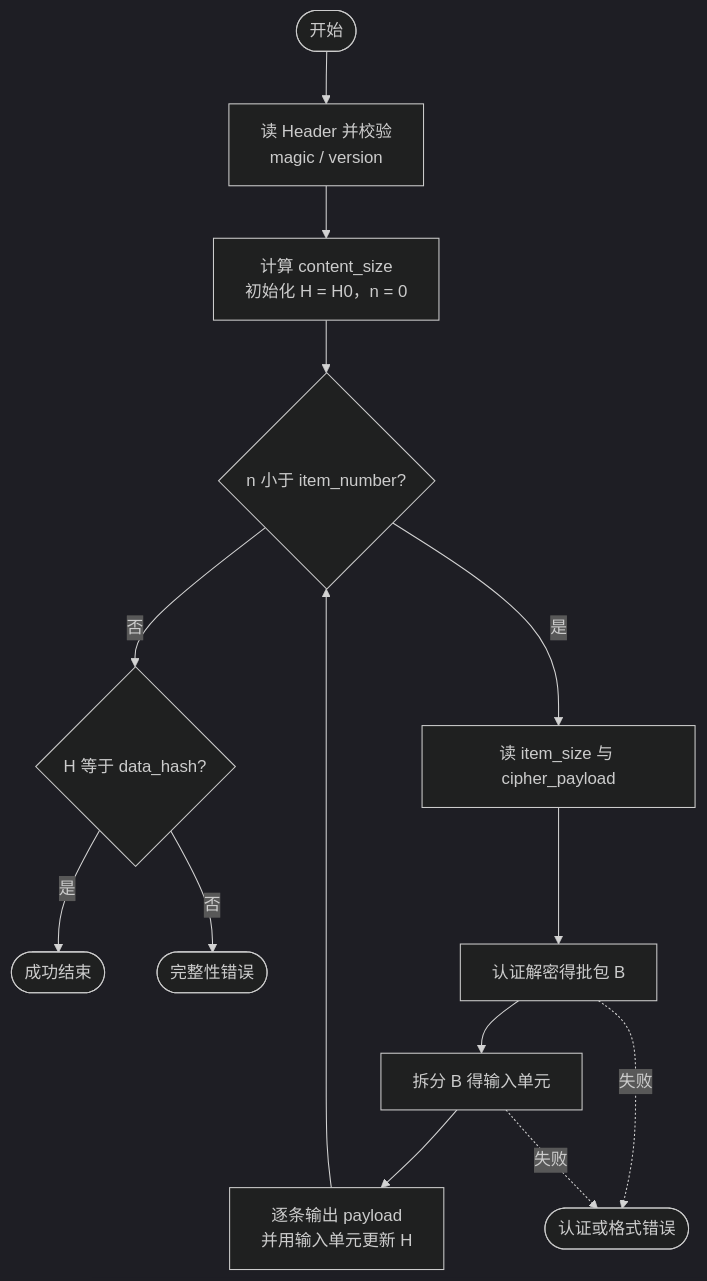
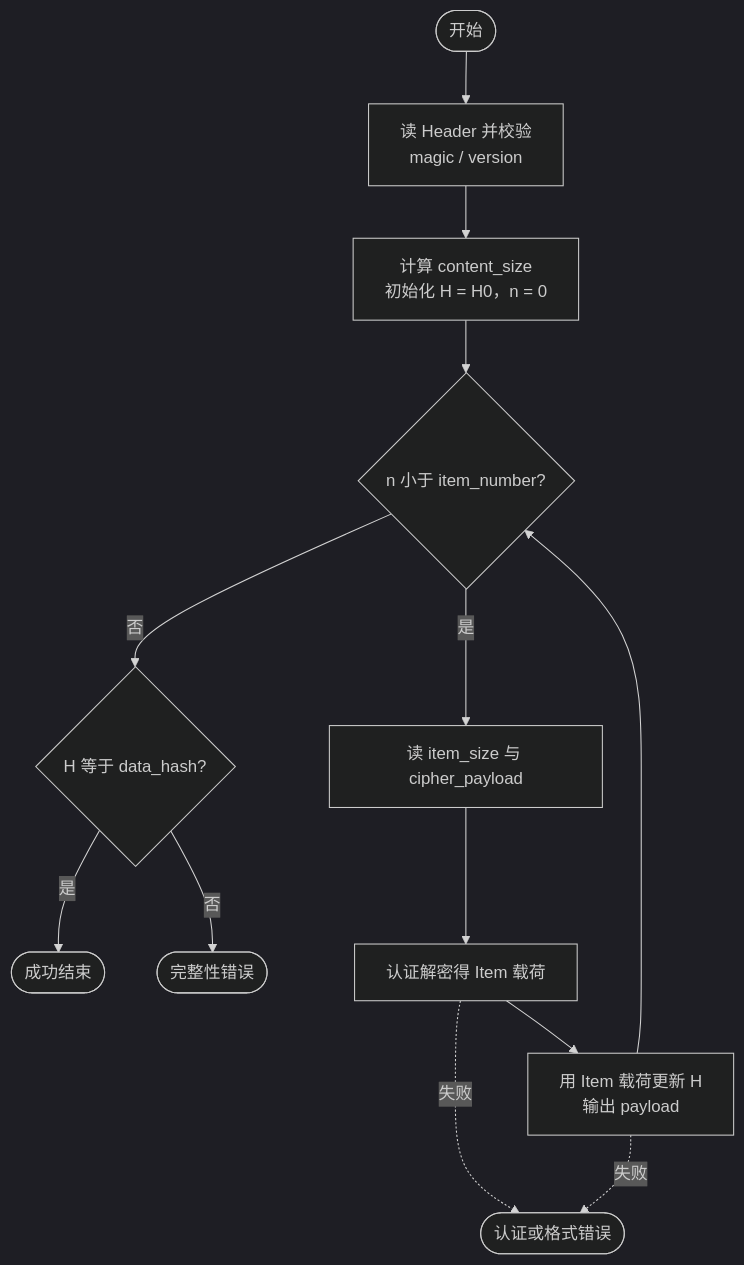
The diagram in doc/diagrams/unseal-main-flow.mmd (YeeZTech/meta-encryptor), drawn with Mermaid (dark theme) before and after one commit. The commit also changed 8 other files, not shown here.

```diff
--- a/doc/diagrams/unseal-main-flow.mmd
+++ b/doc/diagrams/unseal-main-flow.mmd
@@ -1,19 +1,18 @@
-%% 解封主循环（第 8.5 节 解封流程总览）
+%% 解封主循环（第 8 章 解封流程总览）
 %% npx @mermaid-js/mermaid-cli -i unseal-main-flow.mmd -o unseal-main-flow.png -b white -w 1200
 flowchart TD
     start([开始]) --> A["读 Header 并校验<br/>magic / version"]
     A --> B["计算 content_size<br/>初始化 H = H0，n = 0"]
     B --> C{"n 小于 item_number?"}
 
     C -->|否| D{"H 等于 data_hash?"}
     D -->|是| endnode([成功结束])
     D -->|否| err1([完整性错误])
 
     C -->|是| E["读 item_size 与 cipher_payload"]
-    E --> F["认证解密得批包 B"]
-    F --> G["拆分 B 得输入单元"]
-    G --> H["逐条输出 payload<br/>并用输入单元更新 H"]
-    H --> C
+    E --> F["认证解密得 Item 载荷"]
+    F --> G["用 Item 载荷更新 H<br/>输出 payload"]
+    G --> C
 
     F -.->|失败| err2([认证或格式错误])
     G -.->|失败| err2
```
